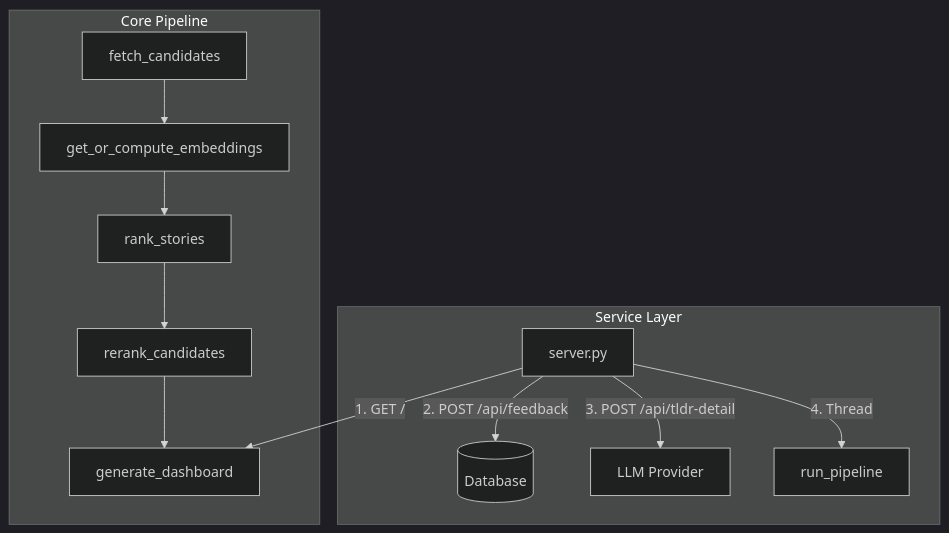
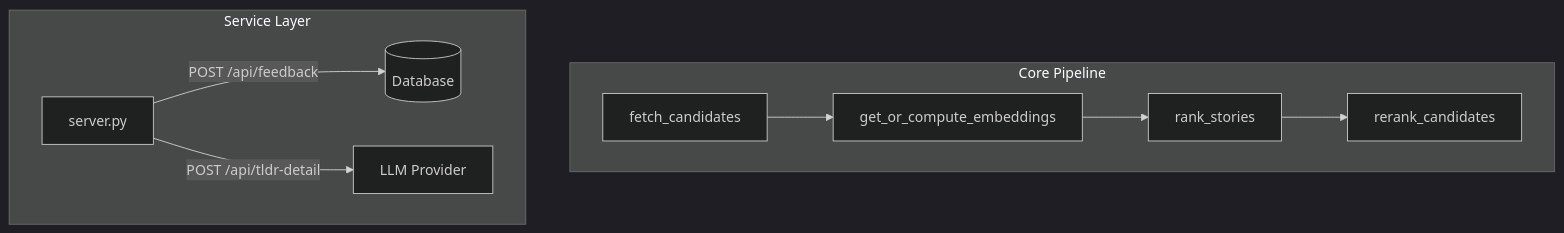
Before and after one commit to djv/hn-rerank-v2: the diagram in ARCHITECTURE.md, drawn with Mermaid (dark theme). The commit also changed other lines of this file and 11 other files, not shown here.

````diff
--- a/ARCHITECTURE.md
+++ b/ARCHITECTURE.md
@@ -11,16 +11,13 @@
 ```mermaid
 graph TD
     subgraph Core Pipeline
         A[fetch_candidates] --> B[get_or_compute_embeddings]
         B --> C[rank_stories]
         C --> D[rerank_candidates]
-        D --> E[generate_dashboard]
     end
 
     subgraph Service Layer
-        F[server.py] -->|1. GET /| E
-        F -->|2. POST /api/feedback| G[(Database)]
-        F -->|3. POST /api/tldr-detail| H[LLM Provider]
-        F -->|4. Thread| CorePipeline[run_pipeline]
+        F[server.py] -->|POST /api/feedback| G[(Database)]
+        F -->|POST /api/tldr-detail| H[LLM Provider]
     end
 ```
````
